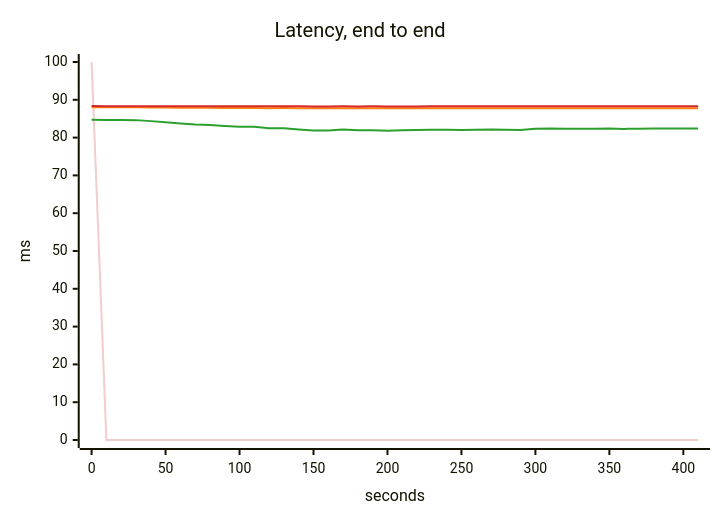
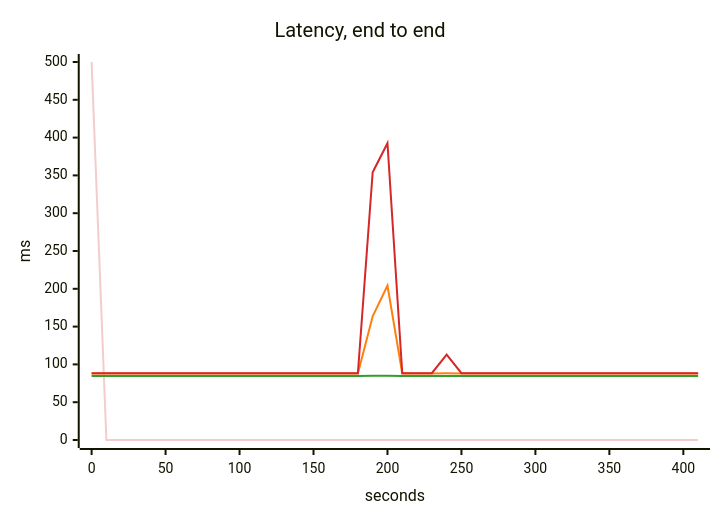
Before and after one commit to akinfemi/load-lore: the third of 5 diagrams in scenarios/connection-pool-trap/solutions/pgbouncer/report.md, drawn with Mermaid. The commit also changed other lines of this file and 71 other files, not shown here.

````diff
--- a/scenarios/connection-pool-trap/solutions/pgbouncer/report.md
+++ b/scenarios/connection-pool-trap/solutions/pgbouncer/report.md
@@ -59,17 +61,17 @@
 ```mermaid
 ---
 config:
   themeVariables:
     xyChart:
       backgroundColor: "transparent"
       plotColorPalette: "#f4cccc, #2ca02c, #ff7f0e, #d62728"
 ---
 xychart-beta
     title "Latency, end to end"
     x-axis "seconds" 0 --> 410
-    y-axis "ms" 0 --> 100
-    line [100, 0, 0, 0, 0, 0, 0, 0, 0, 0, 0, 0, 0, 0, 0, 0, 0, 0, 0, 0, 0, 0, 0, 0, 0, 0, 0, 0, 0, 0, 0, 0, 0, 0, 0, 0, 0, 0, 0, 0, 0, 0]
-    line [84.736, 84.684, 84.629, 84.623, 84.359, 84.064, 83.717, 83.44, 83.34, 83.088, 82.843, 82.883, 82.451, 82.499, 82.159, 81.894, 81.897, 82.123, 81.936, 81.94, 81.826, 81.933, 81.982, 82.062, 82.063, 81.999, 82.061, 82.15, 82.057, 82.002, 82.335, 82.431, 82.361, 82.346, 82.355, 82.403, 82.301, 82.37, 82.409, 82.376, 82.399, 82.417]
-    line [88.056, 88.018, 88.012, 88.012, 87.985, 87.961, 87.921, 87.898, 87.883, 87.858, 87.834, 87.841, 87.795, 87.799, 87.765, 87.74, 87.739, 87.762, 87.743, 87.746, 87.732, 87.743, 87.748, 87.756, 87.756, 87.749, 87.756, 87.765, 87.755, 87.75, 87.783, 87.793, 87.786, 87.784, 87.785, 87.79, 87.78, 87.786, 87.792, 87.787, 87.789, 87.791]
-    line [88.352, 88.314, 88.313, 88.313, 88.308, 88.307, 88.295, 88.294, 88.287, 88.282, 88.277, 88.282, 88.27, 88.271, 88.264, 88.26, 88.259, 88.263, 88.259, 88.262, 88.257, 88.259, 88.26, 88.262, 88.262, 88.261, 88.262, 88.264, 88.262, 88.261, 88.267, 88.269, 88.268, 88.268, 88.268, 88.269, 88.267, 88.268, 88.27, 88.268, 88.269, 88.269]
+    y-axis "ms" 0 --> 500
+    line [500, 0, 0, 0, 0, 0, 0, 0, 0, 0, 0, 0, 0, 0, 0, 0, 0, 0, 0, 0, 0, 0, 0, 0, 0, 0, 0, 0, 0, 0, 0, 0, 0, 0, 0, 0, 0, 0, 0, 0, 0, 0]
+    line [84.733, 84.72, 84.72, 84.72, 84.72, 84.72, 84.72, 84.72, 84.72, 84.72, 84.723, 84.72, 84.724, 84.72, 84.72, 84.72, 84.72, 84.72, 84.72, 85.113, 85.074, 84.721, 84.72, 84.72, 84.807, 84.731, 84.72, 84.72, 84.723, 84.72, 84.721, 84.721, 84.72, 84.72, 84.72, 84.72, 84.72, 84.721, 84.72, 84.721, 84.72, 84.72]
+    line [88.045, 88.022, 88.022, 88.022, 88.022, 88.022, 88.022, 88.022, 88.022, 88.022, 88.026, 88.022, 88.028, 88.022, 88.022, 88.022, 88.022, 88.022, 88.022, 163.587, 204.18, 88.022, 88.022, 88.022, 88.187, 88.042, 88.022, 88.022, 88.027, 88.022, 88.022, 88.022, 88.022, 88.022, 88.022, 88.022, 88.022, 88.022, 88.022, 88.022, 88.022, 88.022]
+    line [88.34, 88.315, 88.315, 88.315, 88.315, 88.315, 88.315, 88.315, 88.315, 88.315, 88.319, 88.315, 88.322, 88.315, 88.315, 88.315, 88.315, 88.315, 88.315, 354.204, 392.577, 88.316, 88.315, 88.315, 112.91, 88.337, 88.315, 88.315, 88.321, 88.315, 88.315, 88.316, 88.315, 88.315, 88.315, 88.315, 88.315, 88.315, 88.315, 88.315, 88.315, 88.315]
 ```
````
